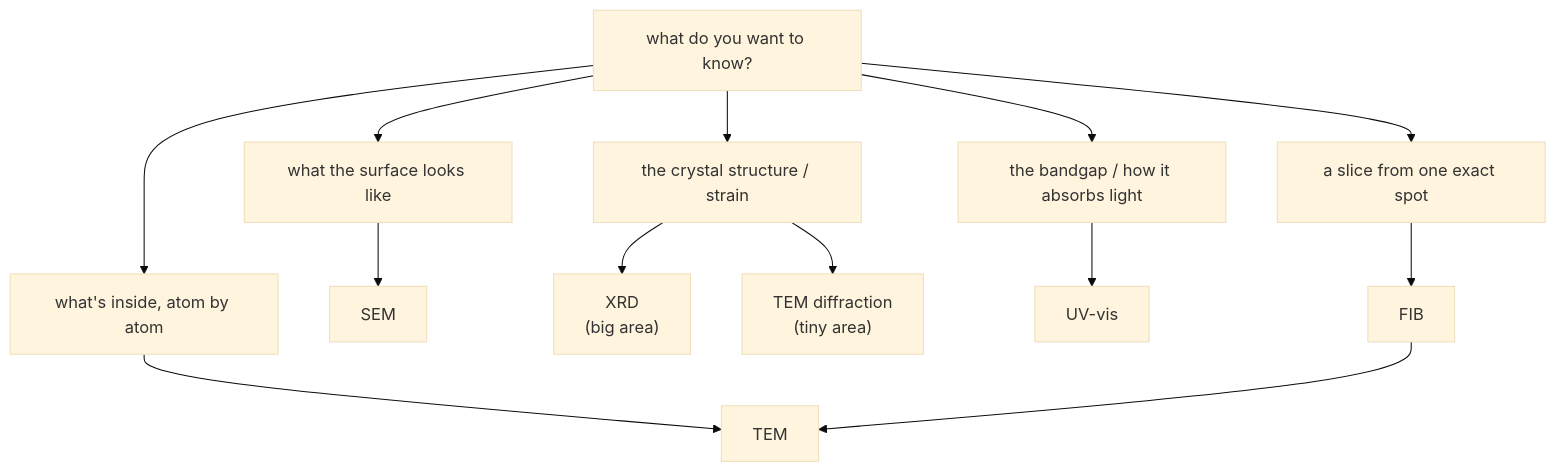
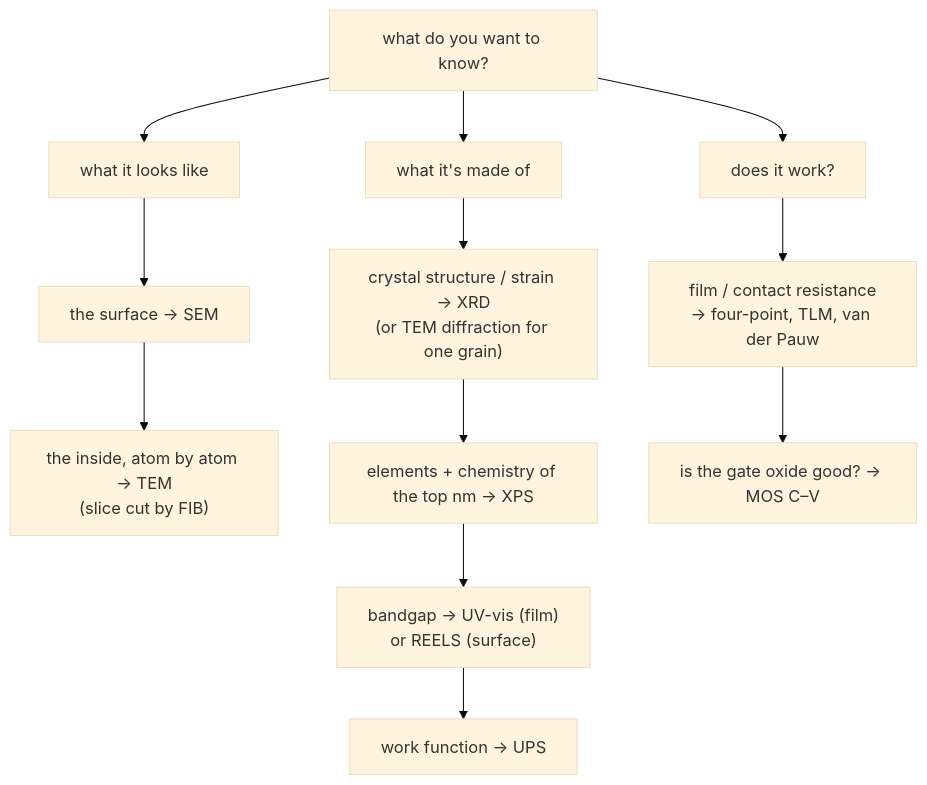
One commit to ArhamAkhtarAlam/mitxpro-my-notes changed the diagram in IISc/Metrology and nano-characterization workshop.md. Above: the diagram before and after it, drawn with Mermaid (base theme). The commit also changed other lines of this file and 25 other files, not shown here.

First line of the commit message:
Add detailed documentation for spectroscopy techniques: XPS, UPS, and REELS

````diff
--- a/IISc/Metrology and nano-characterization workshop.md
+++ b/IISc/Metrology and nano-characterization workshop.md
@@ -13,14 +19,14 @@
 ```mermaid
 flowchart TD
-    Q["what do you want to know?"] --> S["what the surface looks like"]
-    Q --> I["what's inside, atom by atom"]
-    Q --> C["the crystal structure / strain"]
-    Q --> B["the bandgap / how it absorbs light"]
-    Q --> X["a slice from one exact spot"]
-    S --> SEM["SEM"]
-    I --> TEM["TEM"]
-    C --> XRD["XRD<br/>(big area)"]
-    C --> SAED["TEM diffraction<br/>(tiny area)"]
-    B --> UV["UV-vis"]
-    X --> FIB["FIB"] --> TEM
+    Q["what do you want to know?"] --> L["what it looks like"]
+    Q --> M["what it's made of"]
+    Q --> W["does it work?"]
+    L --> SEM["the surface → SEM"]
+    SEM --> TEM["the inside, atom by atom → TEM<br/>(slice cut by FIB)"]
+    M --> XRD["crystal structure / strain → XRD<br/>(or TEM diffraction for one grain)"]
+    XRD --> XPS["elements + chemistry of the top nm → XPS"]
+    XPS --> GAP["bandgap → UV-vis (film)<br/>or REELS (surface)"]
+    GAP --> UPS["work function → UPS"]
+    W --> SR["film / contact resistance<br/>→ four-point, TLM, van der Pauw"]
+    SR --> CV["is the gate oxide good? → MOS C–V"]
 ```
````
